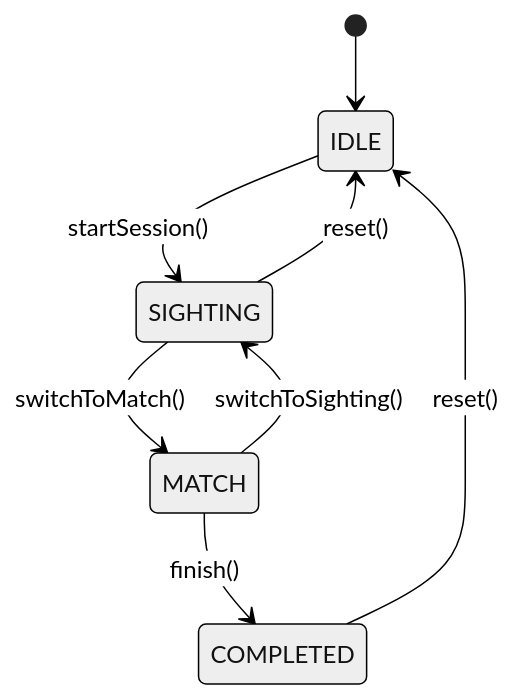
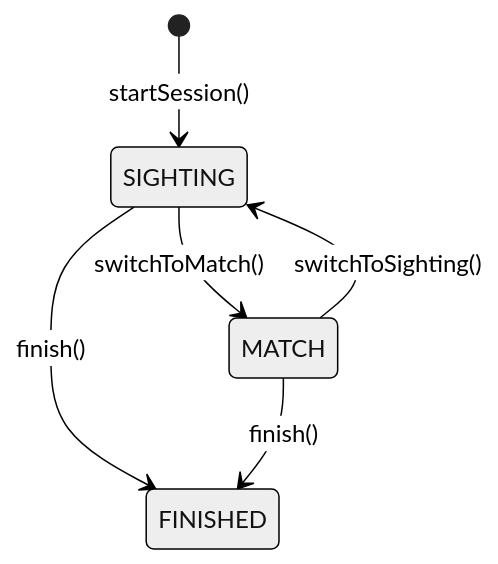
One commit to sasakiuri/oss changed the third of 4 diagrams in packages/saika-docs/lane/SPEC.md. Above: the diagram before and after it, drawn with Mermaid (neutral theme). The commit also changed other lines of this file, not shown here.

````diff
--- a/packages/saika-docs/lane/SPEC.md
+++ b/packages/saika-docs/lane/SPEC.md
@@ -435,10 +423,8 @@
 ```mermaid
 stateDiagram-v2
-    [*] --> IDLE
-    IDLE --> SIGHTING: startSession()
+    [*] --> SIGHTING: startSession()
     SIGHTING --> MATCH: switchToMatch()
     MATCH --> SIGHTING: switchToSighting()
-    SIGHTING --> IDLE: reset()
-    MATCH --> COMPLETED: finish()
-    COMPLETED --> IDLE: reset()
+    SIGHTING --> FINISHED: finish()
+    MATCH --> FINISHED: finish()
 ```
````
